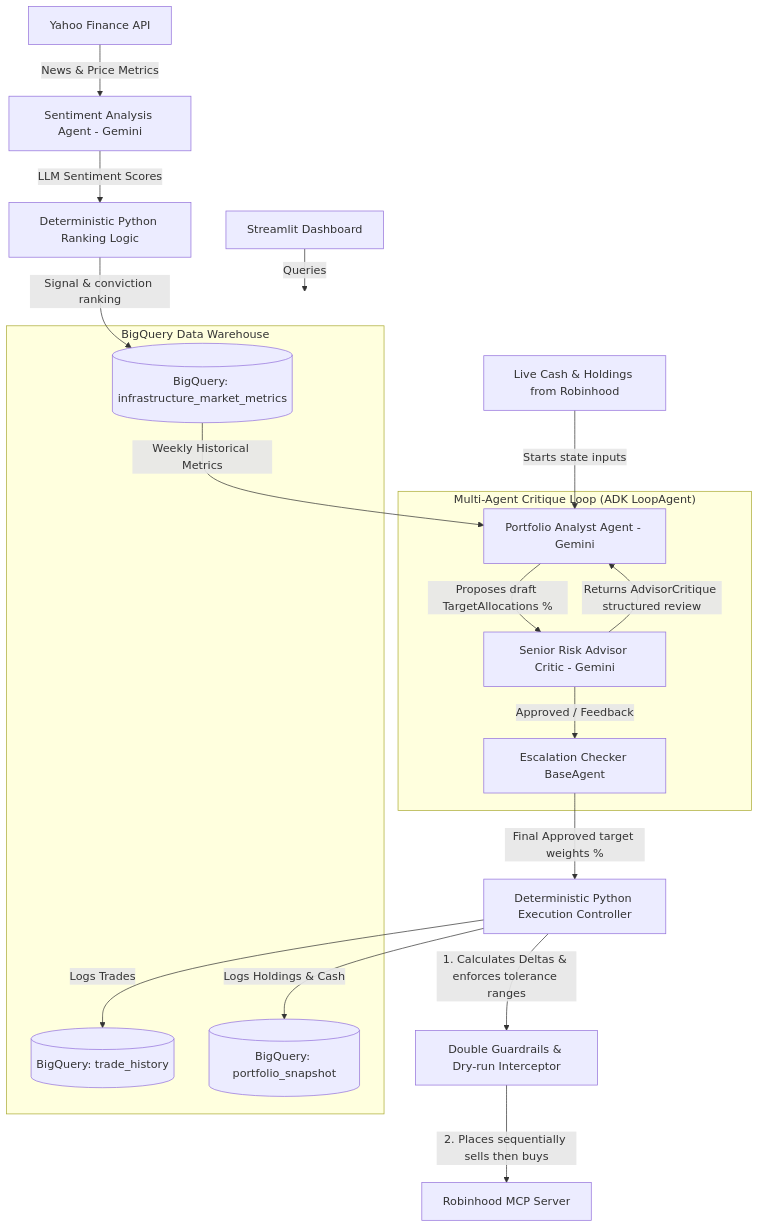
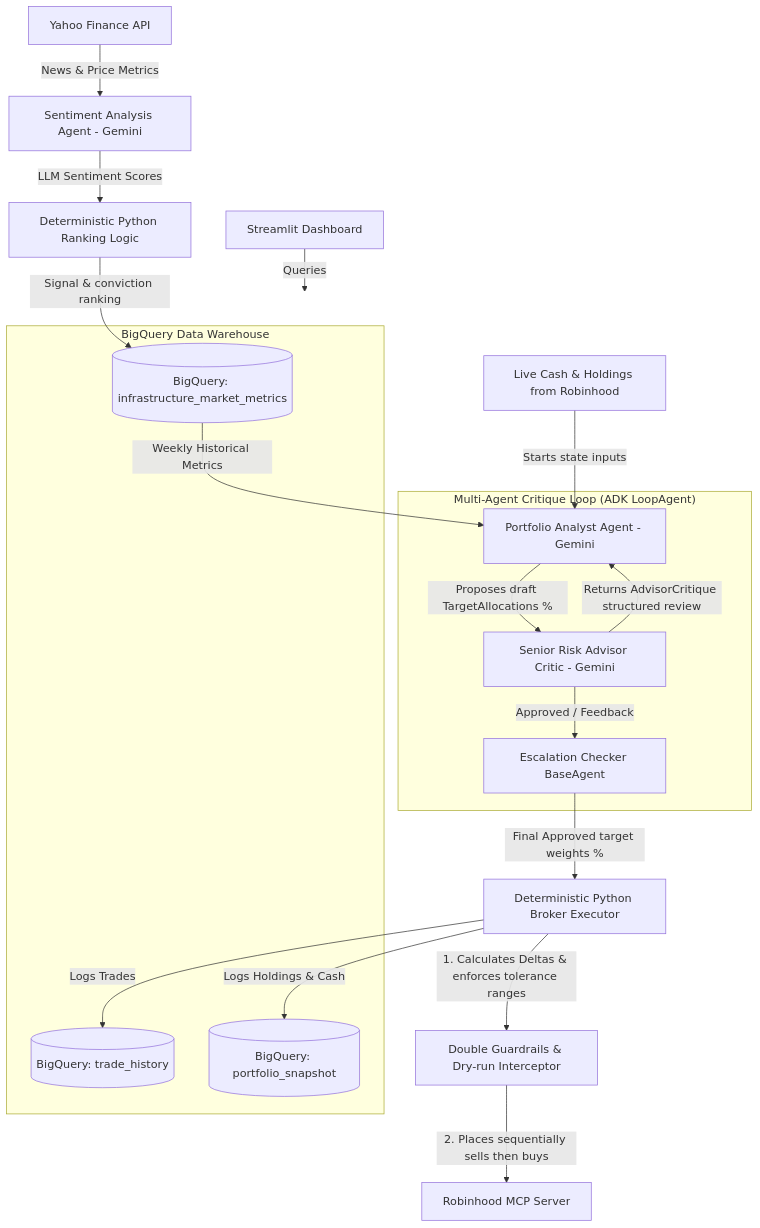
One commit to Ameenota/stock-trader changed the first of 2 diagrams in README.md. Above: the diagram before and after it, drawn with Mermaid. The commit also changed other lines of this file and 7 other files, not shown here.

Commit message:
feat: integrate discord webhook notifier and rename execution to broker executor

````diff
--- a/README.md
+++ b/README.md
@@ -16,30 +16,30 @@
 ```mermaid
 graph TD
     News[Yahoo Finance API] -->|News & Price Metrics| SA[Sentiment Analysis Agent - Gemini]
     SA -->|LLM Sentiment Scores| PR[Deterministic Python Ranking Logic]
     PR -->|Signal & conviction ranking| BQ1[(BigQuery: infrastructure_market_metrics)]
     
     subgraph MultiAgentLoop ["Multi-Agent Critique Loop (ADK LoopAgent)"]
         PA[Portfolio Analyst Agent - Gemini] -->|Proposes draft TargetAllocations %| SRA[Senior Risk Advisor Critic - Gemini]
         SRA -->|Returns AdvisorCritique structured review| PA
         SRA -->|Approved / Feedback| EC[Escalation Checker BaseAgent]
     end
     
     BQ1 -->|Weekly Historical Metrics| PA
     LiveBroker[Live Cash & Holdings from Robinhood] -->|Starts state inputs| PA
     
-    EC -->|Final Approved target weights %| Exec[Deterministic Python Execution Controller]
+    EC -->|Final Approved target weights %| Exec[Deterministic Python Broker Executor]
     Exec -->|1. Calculates Deltas & enforces tolerance ranges| Guardrail[Double Guardrails & Dry-run Interceptor]
     Guardrail -->|2. Places sequentially sells then buys| MCP[Robinhood MCP Server]
     
     Exec -->|Logs Trades| BQ2[(BigQuery: trade_history)]
     Exec -->|Logs Holdings & Cash| BQ3[(BigQuery: portfolio_snapshot)]
     
     subgraph BQ_Warehouse ["BigQuery Data Warehouse"]
         BQ1
         BQ2
         BQ3
     end
     
     Streamlit[Streamlit Dashboard] -->|Queries| BQ_Warehouse
 ```
````
